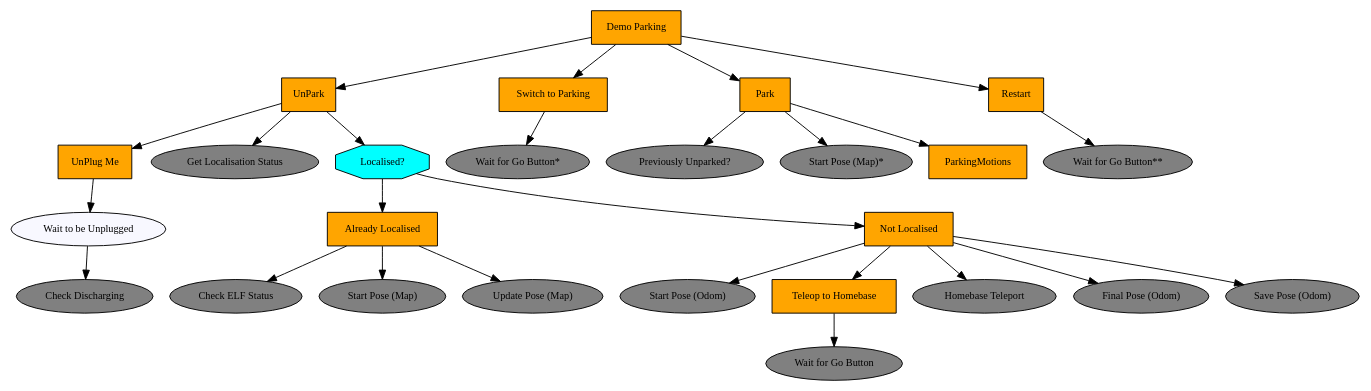
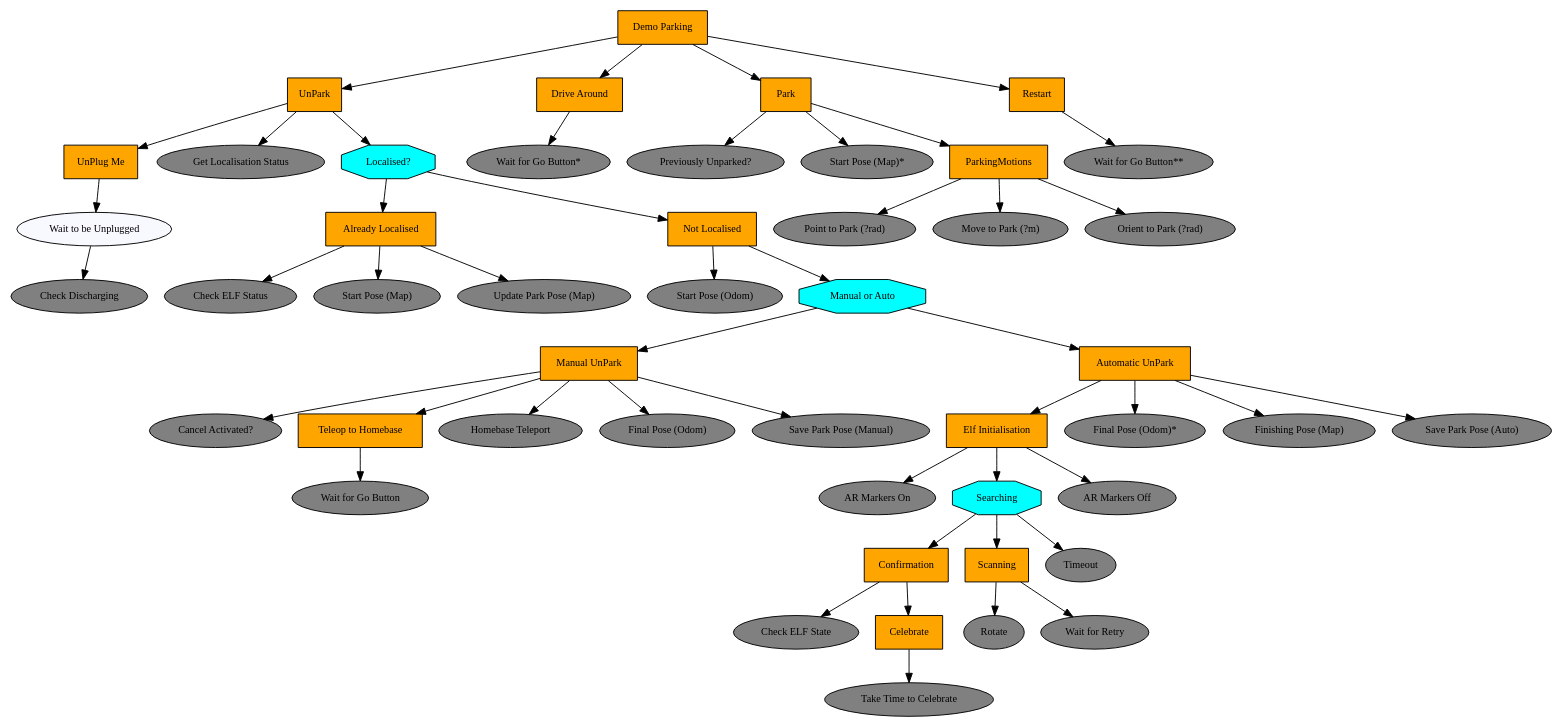
The diagram in gopher_behaviours/doc/dot/demo_parking.dot (splintered-reality/py_trees), drawn with Graphviz before and after one commit. The commit also changed 4 other files, not shown here.

Commit message:
[gopher_behaviours] demo_parking is running, but not without bugs.

```diff
--- a/gopher_behaviours/doc/dot/demo_parking.dot
+++ b/gopher_behaviours/doc/dot/demo_parking.dot
@@ -1,53 +1,97 @@
 digraph demo_parking {
 "Demo Parking" [shape=box, fontsize=11, style=filled, fillcolor=orange];
 UnPark [shape=box, fontsize=11, style=filled, fillcolor=orange];
 "Demo Parking" -> UnPark;
 "UnPlug Me" [shape=box, fontsize=11, style=filled, fillcolor=orange];
 UnPark -> "UnPlug Me";
 "Wait to be Unplugged" [shape=ellipse, fontsize=11, style=filled, fillcolor=ghostwhite];
 "UnPlug Me" -> "Wait to be Unplugged";
 "Check Discharging" [shape=ellipse, fontsize=11, style=filled, fillcolor=gray];
 "Wait to be Unplugged" -> "Check Discharging";
 "Get Localisation Status" [shape=ellipse, fontsize=11, style=filled, fillcolor=gray];
 UnPark -> "Get Localisation Status";
 "Localised?" [shape=octagon, fontsize=11, style=filled, fillcolor=cyan];
 UnPark -> "Localised?";
 "Already Localised" [shape=box, fontsize=11, style=filled, fillcolor=orange];
 "Localised?" -> "Already Localised";
 "Check ELF Status" [shape=ellipse, fontsize=11, style=filled, fillcolor=gray];
 "Already Localised" -> "Check ELF Status";
 "Start Pose (Map)" [shape=ellipse, fontsize=11, style=filled, fillcolor=gray];
 "Already Localised" -> "Start Pose (Map)";
-"Update Pose (Map)" [shape=ellipse, fontsize=11, style=filled, fillcolor=gray];
-"Already Localised" -> "Update Pose (Map)";
+"Update Park Pose (Map)" [shape=ellipse, fontsize=11, style=filled, fillcolor=gray];
+"Already Localised" -> "Update Park Pose (Map)";
 "Not Localised" [shape=box, fontsize=11, style=filled, fillcolor=orange];
 "Localised?" -> "Not Localised";
 "Start Pose (Odom)" [shape=ellipse, fontsize=11, style=filled, fillcolor=gray];
 "Not Localised" -> "Start Pose (Odom)";
+"Manual or Auto" [shape=octagon, fontsize=11, style=filled, fillcolor=cyan];
+"Not Localised" -> "Manual or Auto";
+"Manual UnPark" [shape=box, fontsize=11, style=filled, fillcolor=orange];
+"Manual or Auto" -> "Manual UnPark";
+"Cancel Activated?" [shape=ellipse, fontsize=11, style=filled, fillcolor=gray];
+"Manual UnPark" -> "Cancel Activated?";
 "Teleop to Homebase" [shape=box, fontsize=11, style=filled, fillcolor=orange];
-"Not Localised" -> "Teleop to Homebase";
+"Manual UnPark" -> "Teleop to Homebase";
 "Wait for Go Button" [shape=ellipse, fontsize=11, style=filled, fillcolor=gray];
 "Teleop to Homebase" -> "Wait for Go Button";
 "Homebase Teleport" [shape=ellipse, fontsize=11, style=filled, fillcolor=gray];
-"Not Localised" -> "Homebase Teleport";
+"Manual UnPark" -> "Homebase Teleport";
 "Final Pose (Odom)" [shape=ellipse, fontsize=11, style=filled, fillcolor=gray];
-"Not Localised" -> "Final Pose (Odom)";
-"Save Pose (Odom)" [shape=ellipse, fontsize=11, style=filled, fillcolor=gray];
-"Not Localised" -> "Save Pose (Odom)";
-"Switch to Parking" [shape=box, fontsize=11, style=filled, fillcolor=orange];
-"Demo Parking" -> "Switch to Parking";
+"Manual UnPark" -> "Final Pose (Odom)";
+"Save Park Pose (Manual)" [shape=ellipse, fontsize=11, style=filled, fillcolor=gray];
+"Manual UnPark" -> "Save Park Pose (Manual)";
+"Automatic UnPark" [shape=box, fontsize=11, style=filled, fillcolor=orange];
+"Manual or Auto" -> "Automatic UnPark";
+"Elf Initialisation" [shape=box, fontsize=11, style=filled, fillcolor=orange];
+"Automatic UnPark" -> "Elf Initialisation";
+"AR Markers On" [shape=ellipse, fontsize=11, style=filled, fillcolor=gray];
+"Elf Initialisation" -> "AR Markers On";
+Searching [shape=octagon, fontsize=11, style=filled, fillcolor=cyan];
+"Elf Initialisation" -> Searching;
+Confirmation [shape=box, fontsize=11, style=filled, fillcolor=orange];
+Searching -> Confirmation;
+"Check ELF State" [shape=ellipse, fontsize=11, style=filled, fillcolor=gray];
+Confirmation -> "Check ELF State";
+Celebrate [shape=box, fontsize=11, style=filled, fillcolor=orange];
+Confirmation -> Celebrate;
+"Take Time to Celebrate" [shape=ellipse, fontsize=11, style=filled, fillcolor=gray];
+Celebrate -> "Take Time to Celebrate";
+Scanning [shape=box, fontsize=11, style=filled, fillcolor=orange];
+Searching -> Scanning;
+Rotate [shape=ellipse, fontsize=11, style=filled, fillcolor=gray];
+Scanning -> Rotate;
+"Wait for Retry" [shape=ellipse, fontsize=11, style=filled, fillcolor=gray];
+Scanning -> "Wait for Retry";
+Timeout [shape=ellipse, fontsize=11, style=filled, fillcolor=gray];
+Searching -> Timeout;
+"AR Markers Off" [shape=ellipse, fontsize=11, style=filled, fillcolor=gray];
+"Elf Initialisation" -> "AR Markers Off";
+"Final Pose (Odom)*" [shape=ellipse, fontsize=11, style=filled, fillcolor=gray];
+"Automatic UnPark" -> "Final Pose (Odom)*";
+"Finishing Pose (Map)" [shape=ellipse, fontsize=11, style=filled, fillcolor=gray];
+"Automatic UnPark" -> "Finishing Pose (Map)";
+"Save Park Pose (Auto)" [shape=ellipse, fontsize=11, style=filled, fillcolor=gray];
+"Automatic UnPark" -> "Save Park Pose (Auto)";
+"Drive Around" [shape=box, fontsize=11, style=filled, fillcolor=orange];
+"Demo Parking" -> "Drive Around";
 "Wait for Go Button*" [shape=ellipse, fontsize=11, style=filled, fillcolor=gray];
-"Switch to Parking" -> "Wait for Go Button*";
+"Drive Around" -> "Wait for Go Button*";
 Park [shape=box, fontsize=11, style=filled, fillcolor=orange];
 "Demo Parking" -> Park;
 "Previously Unparked?" [shape=ellipse, fontsize=11, style=filled, fillcolor=gray];
 Park -> "Previously Unparked?";
 "Start Pose (Map)*" [shape=ellipse, fontsize=11, style=filled, fillcolor=gray];
 Park -> "Start Pose (Map)*";
 ParkingMotions [shape=box, fontsize=11, style=filled, fillcolor=orange];
 Park -> ParkingMotions;
+"Point to Park (?rad)" [shape=ellipse, fontsize=11, style=filled, fillcolor=gray];
+ParkingMotions -> "Point to Park (?rad)";
+"Move to Park (?m)" [shape=ellipse, fontsize=11, style=filled, fillcolor=gray];
+ParkingMotions -> "Move to Park (?m)";
+"Orient to Park (?rad)" [shape=ellipse, fontsize=11, style=filled, fillcolor=gray];
+ParkingMotions -> "Orient to Park (?rad)";
 Restart [shape=box, fontsize=11, style=filled, fillcolor=orange];
 "Demo Parking" -> Restart;
 "Wait for Go Button**" [shape=ellipse, fontsize=11, style=filled, fillcolor=gray];
 Restart -> "Wait for Go Button**";
 }
```
